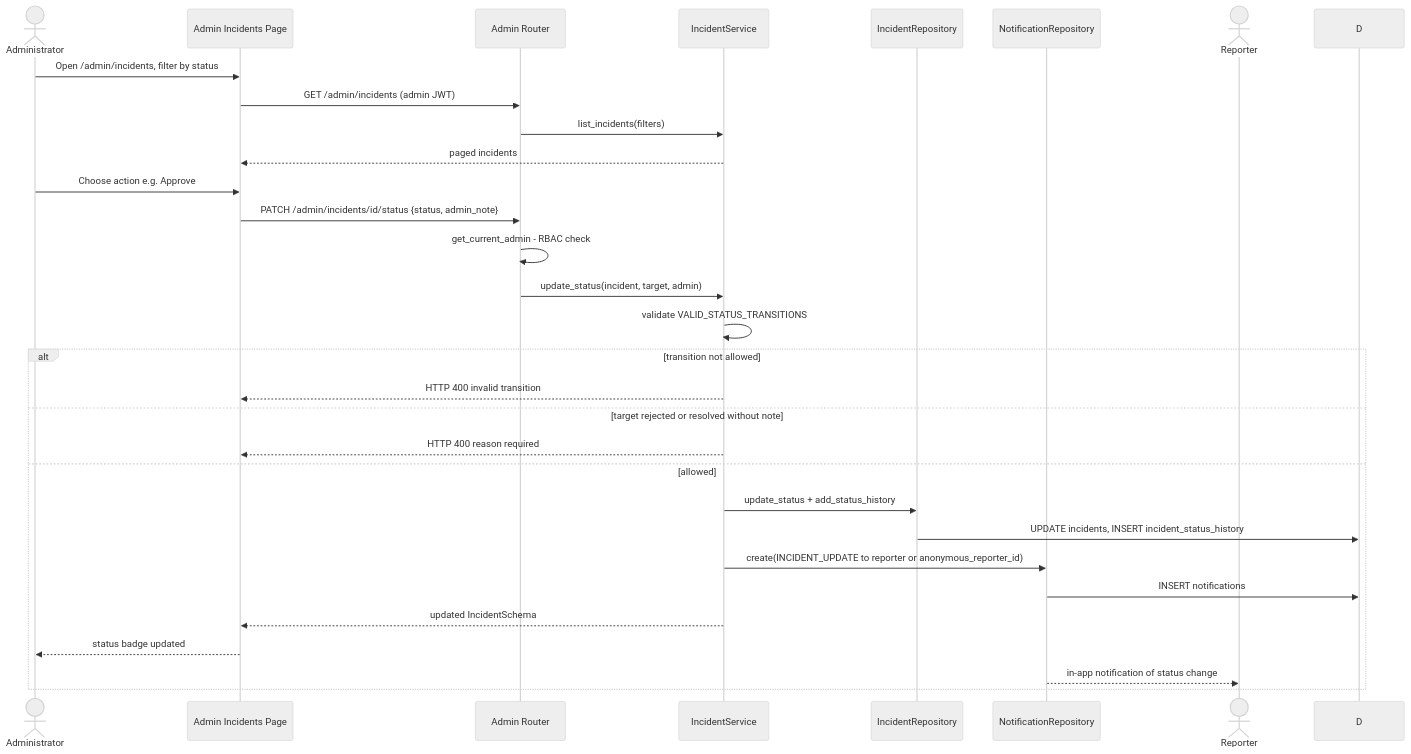
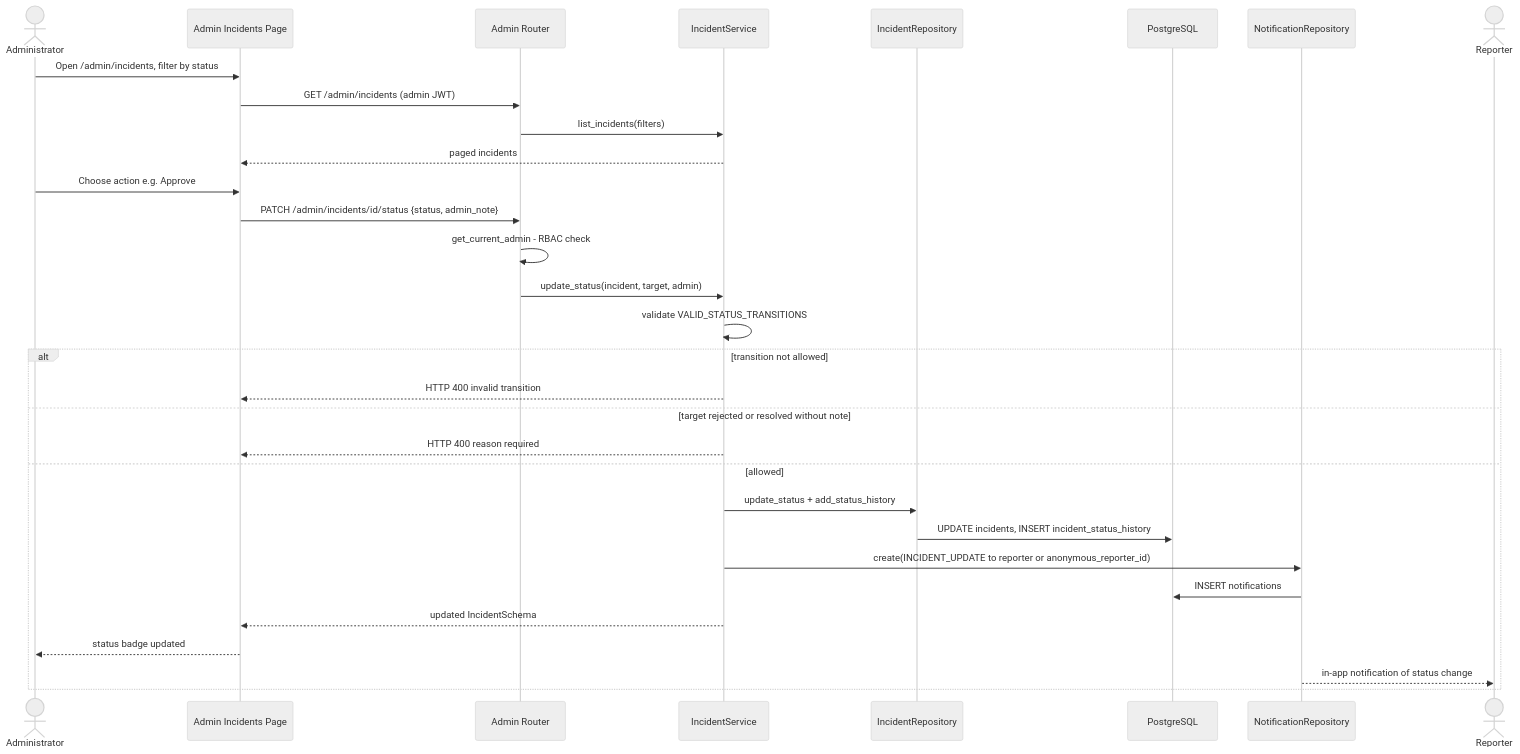
The ninth of 32 diagrams in documentation_output/SafeCity_Diagrams.md (Vishal-Karthikeyan-P/SafeCity), drawn with Mermaid (neutral theme) before and after one commit. The commit also changed 11 other files, not shown here.

````diff
--- a/documentation_output/SafeCity_Diagrams.md
+++ b/documentation_output/SafeCity_Diagrams.md
@@ -509,33 +509,34 @@
 ```mermaid
 sequenceDiagram
     actor AD as Administrator
     participant UI as Admin Incidents Page
     participant A as Admin Router
     participant IS as IncidentService
     participant IR as IncidentRepository
+    participant DB as PostgreSQL
     participant NR as NotificationRepository
     actor R as Reporter
 
     AD->>UI: Open /admin/incidents, filter by status
     UI->>A: GET /admin/incidents (admin JWT)
     A->>IS: list_incidents(filters)
     IS-->>UI: paged incidents
     AD->>UI: Choose action e.g. Approve
     UI->>A: PATCH /admin/incidents/id/status {status, admin_note}
     A->>A: get_current_admin - RBAC check
     A->>IS: update_status(incident, target, admin)
     IS->>IS: validate VALID_STATUS_TRANSITIONS
     alt transition not allowed
         IS-->>UI: HTTP 400 invalid transition
     else target rejected or resolved without note
         IS-->>UI: HTTP 400 reason required
     else allowed
         IS->>IR: update_status + add_status_history
-        IR->>D: UPDATE incidents, INSERT incident_status_history
+        IR->>DB: UPDATE incidents, INSERT incident_status_history
         IS->>NR: create(INCIDENT_UPDATE to reporter or anonymous_reporter_id)
-        NR->>D: INSERT notifications
+        NR->>DB: INSERT notifications
         IS-->>UI: updated IncidentSchema
         UI-->>AD: status badge updated
         NR-->>R: in-app notification of status change
     end
 ```
````
